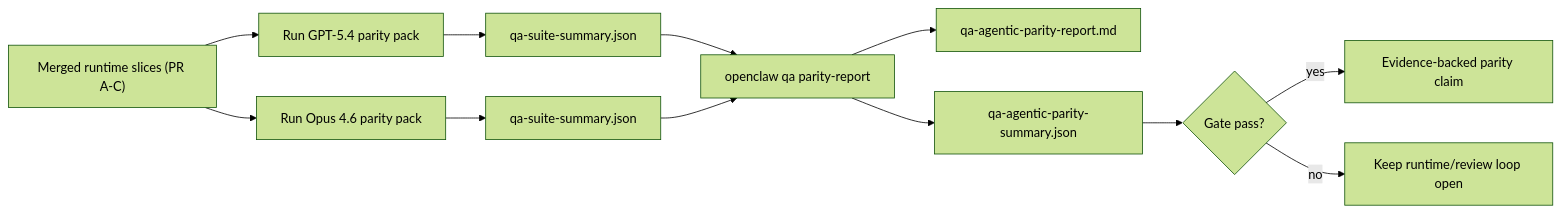
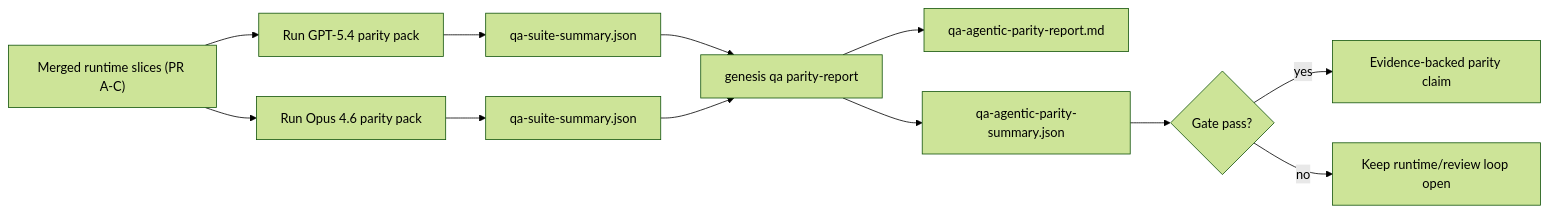
The second of 2 diagrams in docs/help/gpt54-codex-agentic-parity.md (PIXELZX0/Genesis), drawn with Mermaid (forest theme) before and after one commit. The commit also changed other lines of this file and 8815 other files, not shown here.

````diff
--- a/docs/help/gpt54-codex-agentic-parity.md
+++ b/docs/help/gpt54-codex-agentic-parity.md
@@ -124,14 +124,14 @@
 ```mermaid
 flowchart LR
     A["Merged runtime slices (PR A-C)"] --> B["Run GPT-5.4 parity pack"]
     A --> C["Run Opus 4.6 parity pack"]
     B --> D["qa-suite-summary.json"]
     C --> E["qa-suite-summary.json"]
-    D --> F["openclaw qa parity-report"]
+    D --> F["genesis qa parity-report"]
     E --> F
     F --> G["qa-agentic-parity-report.md"]
     F --> H["qa-agentic-parity-summary.json"]
     H --> I{"Gate pass?"}
     I -- "yes" --> J["Evidence-backed parity claim"]
     I -- "no" --> K["Keep runtime/review loop open"]
 ```
````
